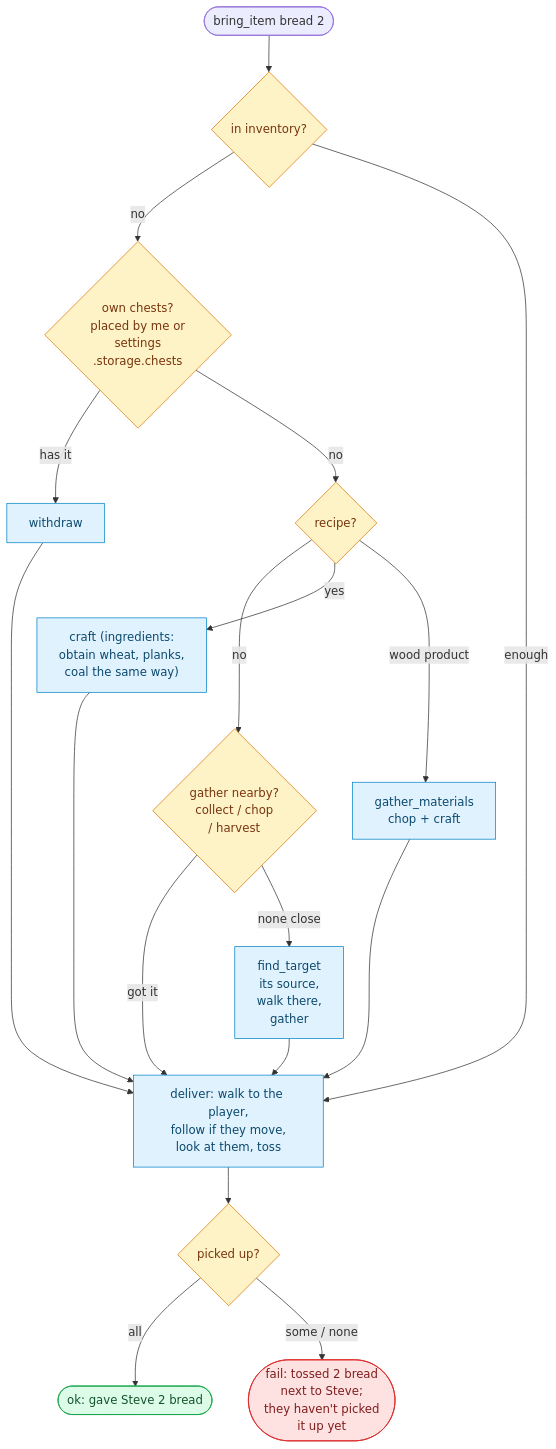
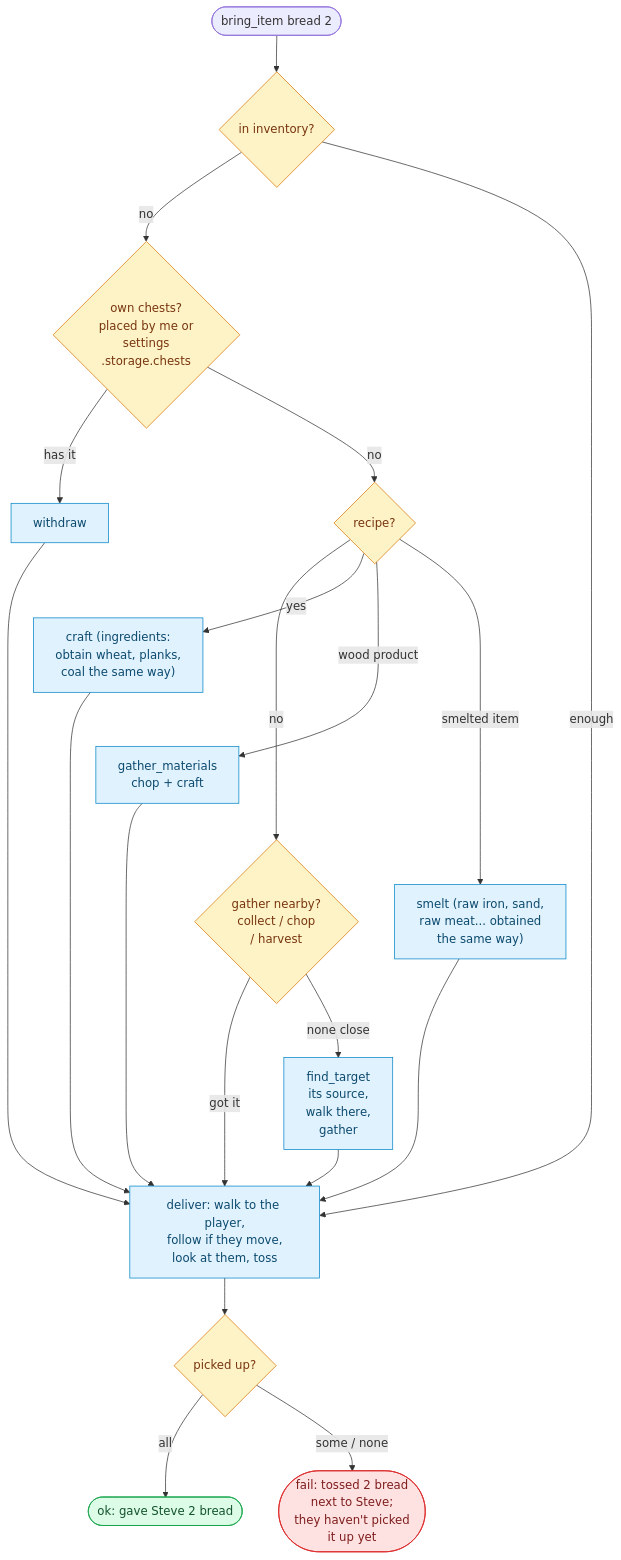
One commit to thereisnotime/golemkit changed the second of 2 diagrams in docs/guide/search.md. Above: the diagram before and after it, drawn with Mermaid. The commit also changed other lines of this file and 1 other file, not shown here.

Commit message:
progression, search: food ladder rings, pax armour, bring_item smelting, danger zones

````diff
--- a/docs/guide/search.md
+++ b/docs/guide/search.md
@@ -111,25 +113,26 @@
 ```mermaid
 flowchart TD
   S(["bring_item bread 2"]) --> I{"in inventory?"}
   I -- no --> C{"own chests?<br/>placed by me or<br/>settings<br/>.storage.chests"}
   C -- has it --> W["withdraw"] --> D
   C -- no --> K{"recipe?"}
   K -- no --> GA{"gather nearby?<br/>collect / chop<br/>/ harvest"}
   K -- yes --> KR["craft (ingredients:<br/>obtain wheat, planks,<br/>coal the same way)"] --> D
   K -- "wood product" --> GM["gather_materials<br/>chop + craft"] --> D
+  K -- "smelted item" --> SM["smelt (raw iron, sand,<br/>raw meat... obtained<br/>the same way)"] --> D
   GA -- got it --> D
   GA -- "none close" --> FT["find_target<br/>its source,<br/>walk there,<br/>gather"] --> D
-  W ~~~ KR ~~~ GM ~~~ FT
+  W ~~~ KR ~~~ GM ~~~ SM ~~~ FT
   I -- enough --> D
   D["deliver: walk to the player,<br/>follow if they move,<br/>look at them, toss"] --> A{"picked up?"}
   A -- all --> OK(["ok: gave Steve 2 bread"])
   A -- "some / none" --> PART(["fail: tossed 2 bread<br/>next to Steve;<br/>they haven't picked<br/>it up yet"])
   classDef a fill:#e0f2fe,stroke:#0284c7,color:#0c4a6e
   classDef d fill:#fef3c7,stroke:#d97706,color:#78350f
   classDef g fill:#dcfce7,stroke:#16a34a,color:#14532d
   classDef r fill:#fee2e2,stroke:#dc2626,color:#7f1d1d
-  class W,KR,GM,FT,D a
+  class W,KR,GM,SM,FT,D a
   class I,C,K,GA,A d
   class OK g
   class PART r
 ```
````
